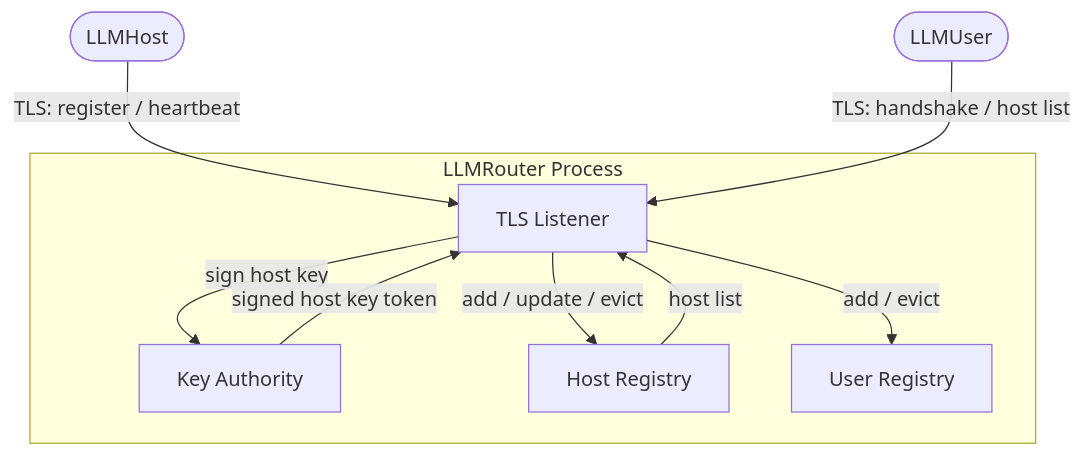
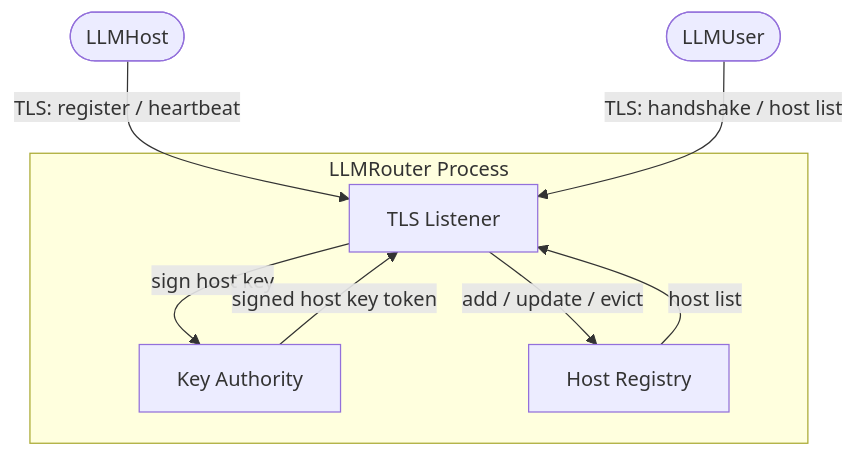
The first of 3 diagrams in docs/architecture_llmrouter.md (MartijnLammaing/ShareGrid), drawn with Mermaid before and after one commit. The commit also changed other lines of this file, not shown here.

````diff
--- a/docs/architecture_llmrouter.md
+++ b/docs/architecture_llmrouter.md
@@ -21,18 +21,16 @@
 ```mermaid
 graph TB
     subgraph LLMRouter Process
         TLS[TLS Listener]
         KA[Key Authority]
         HR[Host Registry]
-        UR[User Registry]
     end
 
     H([LLMHost]) -- "TLS: register / heartbeat" --> TLS
     U([LLMUser]) -- "TLS: handshake / host list" --> TLS
 
     TLS -- "sign host key" --> KA
     KA -- "signed host key token" --> TLS
     TLS -- "add / update / evict" --> HR
-    TLS -- "add / evict" --> UR
     HR -- "host list" --> TLS
 ```
````
